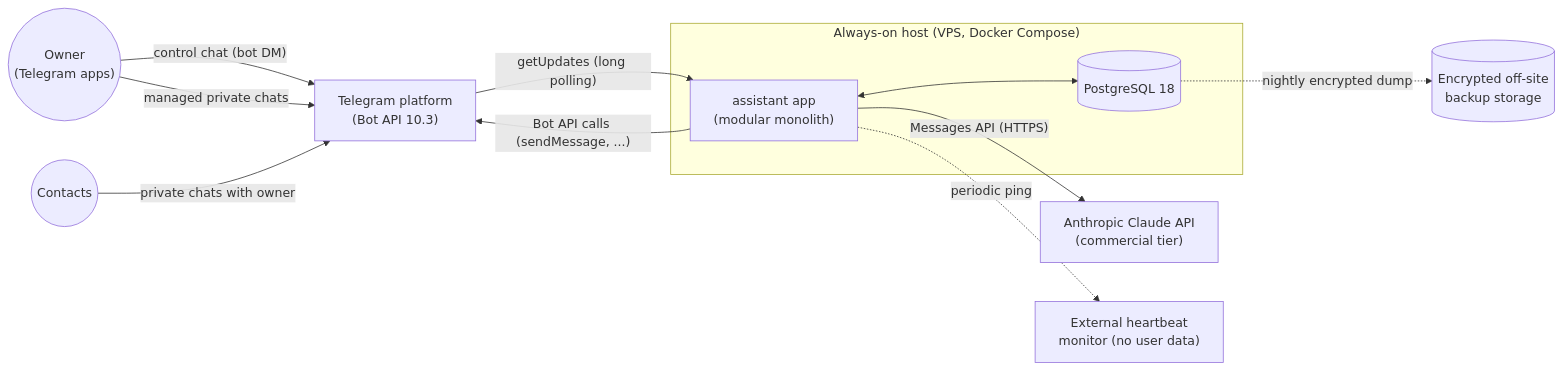
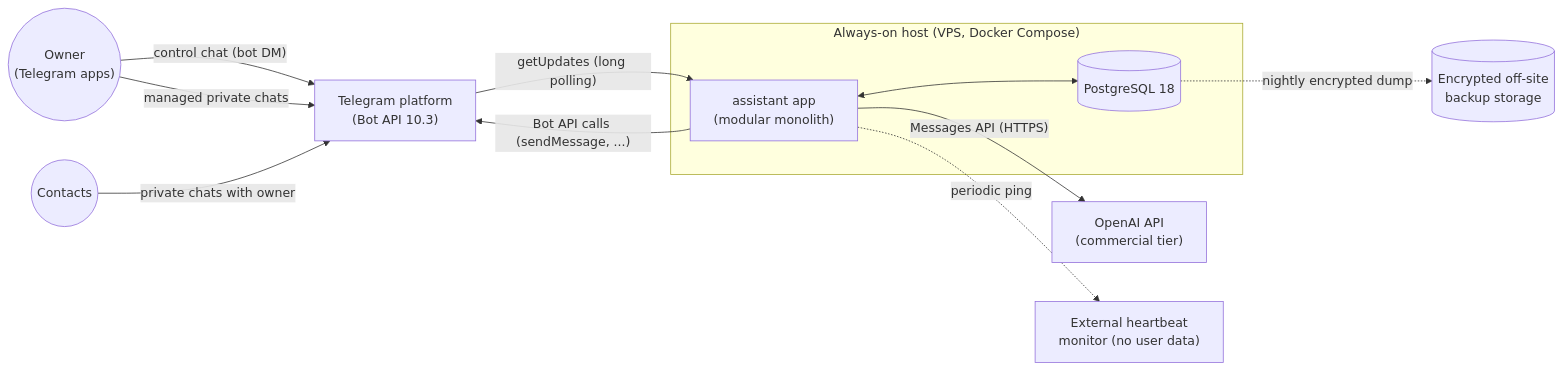
The first of 7 diagrams in docs/ARCHITECTURE.md (Khumoyun1307/personal-ai-assistant), drawn with Mermaid before and after one commit. The commit also changed other lines of this file and 14 other files, not shown here.

First line of the commit message:
feat: switch LLM provider to OpenAI gpt-6-luna (ADR-07a)

````diff
--- a/docs/ARCHITECTURE.md
+++ b/docs/ARCHITECTURE.md
@@ -39,23 +39,23 @@
 ```mermaid
 flowchart LR
     Owner(("Owner<br/>(Telegram apps)"))
     Contacts(("Contacts"))
     TG["Telegram platform<br/>(Bot API 10.3)"]
     subgraph Host["Always-on host (VPS, Docker Compose)"]
         APP["assistant app<br/>(modular monolith)"]
         DB[("PostgreSQL 18")]
     end
-    LLM["Anthropic Claude API<br/>(commercial tier)"]
+    LLM["OpenAI API<br/>(commercial tier)"]
     BK[("Encrypted off-site<br/>backup storage")]
     HB["External heartbeat<br/>monitor (no user data)"]
 
     Owner -- "control chat (bot DM)" --> TG
     Owner -- "managed private chats" --> TG
     Contacts -- "private chats with owner" --> TG
     TG -- "getUpdates (long polling)" --> APP
     APP -- "Bot API calls (sendMessage, ...)" --> TG
     APP <--> DB
     APP -- "Messages API (HTTPS)" --> LLM
     DB -. "nightly encrypted dump" .-> BK
     APP -. "periodic ping" .-> HB
 ```
````
